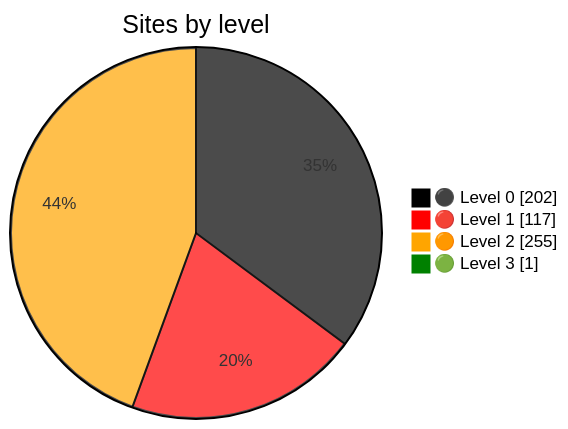
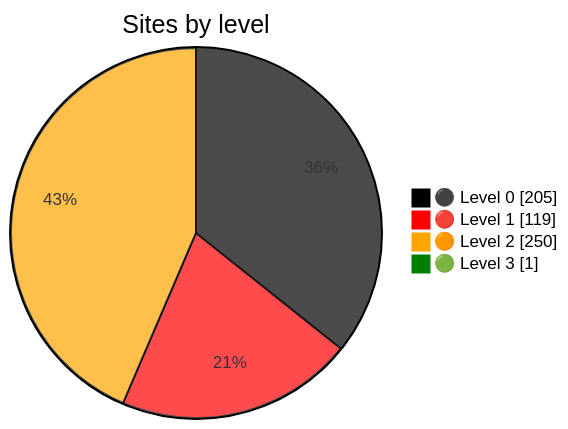
Before and after one commit to nuuuwan/gov_lk_web_auditor: the diagram in README.md, drawn with Mermaid. The commit also changed other lines of this file and 2552 other files, not shown here.

````diff
--- a/README.md
+++ b/README.md
@@ -24,9 +24,9 @@
 ```mermaid
 %%{init: {"themeVariables":{"pie1":"black","pie2":"red","pie3":"orange","pie4":"green"}}}%%
 pie showData
     title Sites by level
-    "⚫ Level 0" : 202
-    "🔴 Level 1" : 117
-    "🟠 Level 2" : 255
+    "⚫ Level 0" : 205
+    "🔴 Level 1" : 119
+    "🟠 Level 2" : 250
     "🟢 Level 3" : 1
 ```
````
